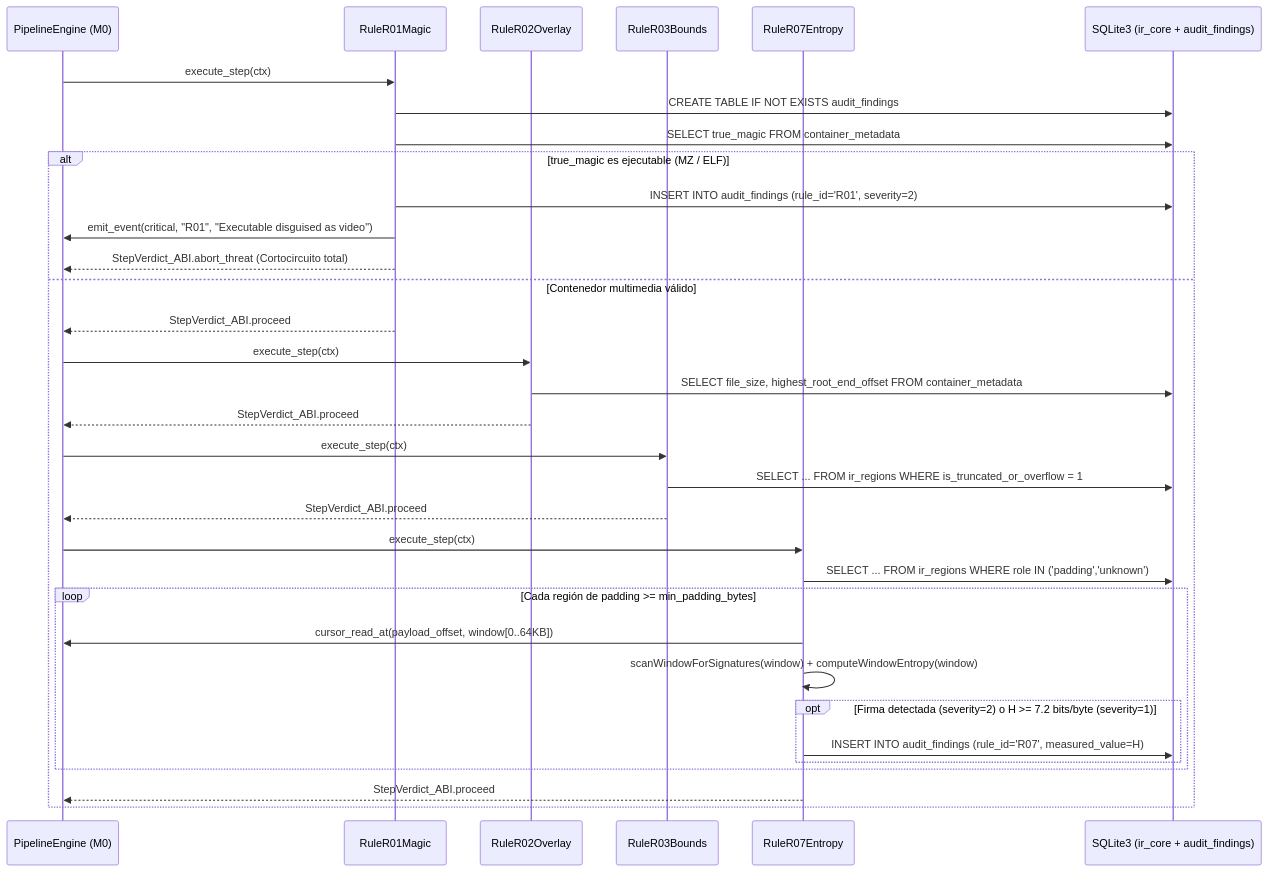
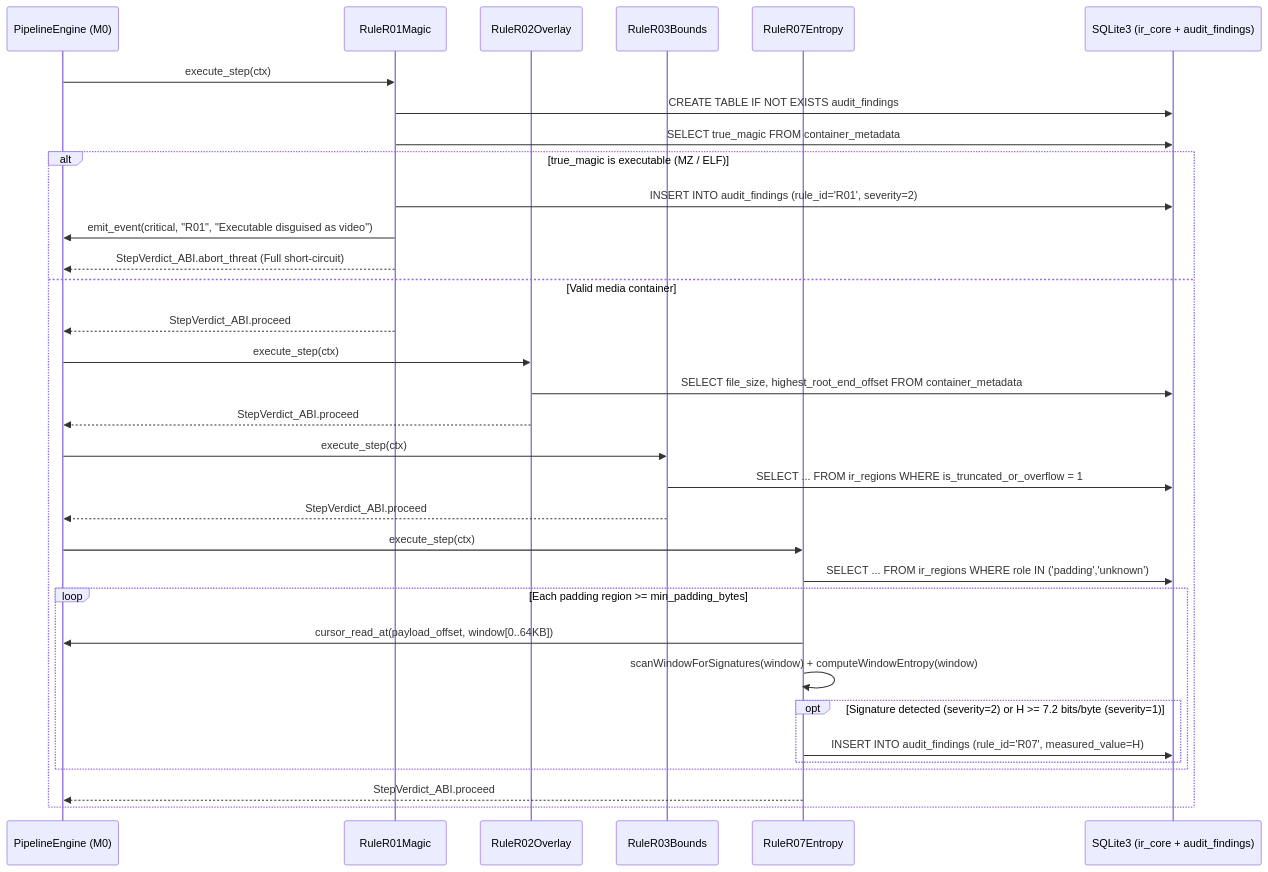
Before and after one commit to g-gar/vidsec: the second of 2 diagrams in docs/v1/specs/M2_structural_and_heuristic_audit.md, drawn with Mermaid. The commit also changed other lines of this file and 8 other files, not shown here.

Commit message:
docs(v1): translate v1 architecture and milestone specs to English and remove local paths

````diff
--- a/docs/v1/specs/M2_structural_and_heuristic_audit.md
+++ b/docs/v1/specs/M2_structural_and_heuristic_audit.md
@@ -238,36 +238,36 @@
 ```mermaid
 sequenceDiagram
     participant Engine as PipelineEngine (M0)
     participant R01 as RuleR01Magic
     participant R02 as RuleR02Overlay
     participant R03 as RuleR03Bounds
     participant R07 as RuleR07Entropy
     participant DB as SQLite3 (ir_core + audit_findings)
 
     Engine->>R01: execute_step(ctx)
     R01->>DB: CREATE TABLE IF NOT EXISTS audit_findings
     R01->>DB: SELECT true_magic FROM container_metadata
-    alt true_magic es ejecutable (MZ / ELF)
+    alt true_magic is executable (MZ / ELF)
         R01->>DB: INSERT INTO audit_findings (rule_id='R01', severity=2)
         R01->>Engine: emit_event(critical, "R01", "Executable disguised as video")
-        R01-->>Engine: StepVerdict_ABI.abort_threat (Cortocircuito total)
-    else Contenedor multimedia válido
+        R01-->>Engine: StepVerdict_ABI.abort_threat (Full short-circuit)
+    else Valid media container
         R01-->>Engine: StepVerdict_ABI.proceed
         Engine->>R02: execute_step(ctx)
         R02->>DB: SELECT file_size, highest_root_end_offset FROM container_metadata
         R02-->>Engine: StepVerdict_ABI.proceed
         Engine->>R03: execute_step(ctx)
         R03->>DB: SELECT ... FROM ir_regions WHERE is_truncated_or_overflow = 1
         R03-->>Engine: StepVerdict_ABI.proceed
         Engine->>R07: execute_step(ctx)
         R07->>DB: SELECT ... FROM ir_regions WHERE role IN ('padding','unknown')
-        loop Cada región de padding >= min_padding_bytes
+        loop Each padding region >= min_padding_bytes
             R07->>Engine: cursor_read_at(payload_offset, window[0..64KB])
             R07->>R07: scanWindowForSignatures(window) + computeWindowEntropy(window)
-            opt Firma detectada (severity=2) o H >= 7.2 bits/byte (severity=1)
+            opt Signature detected (severity=2) or H >= 7.2 bits/byte (severity=1)
                 R07->>DB: INSERT INTO audit_findings (rule_id='R07', measured_value=H)
             end
         end
         R07-->>Engine: StepVerdict_ABI.proceed
     end
 ```
````
